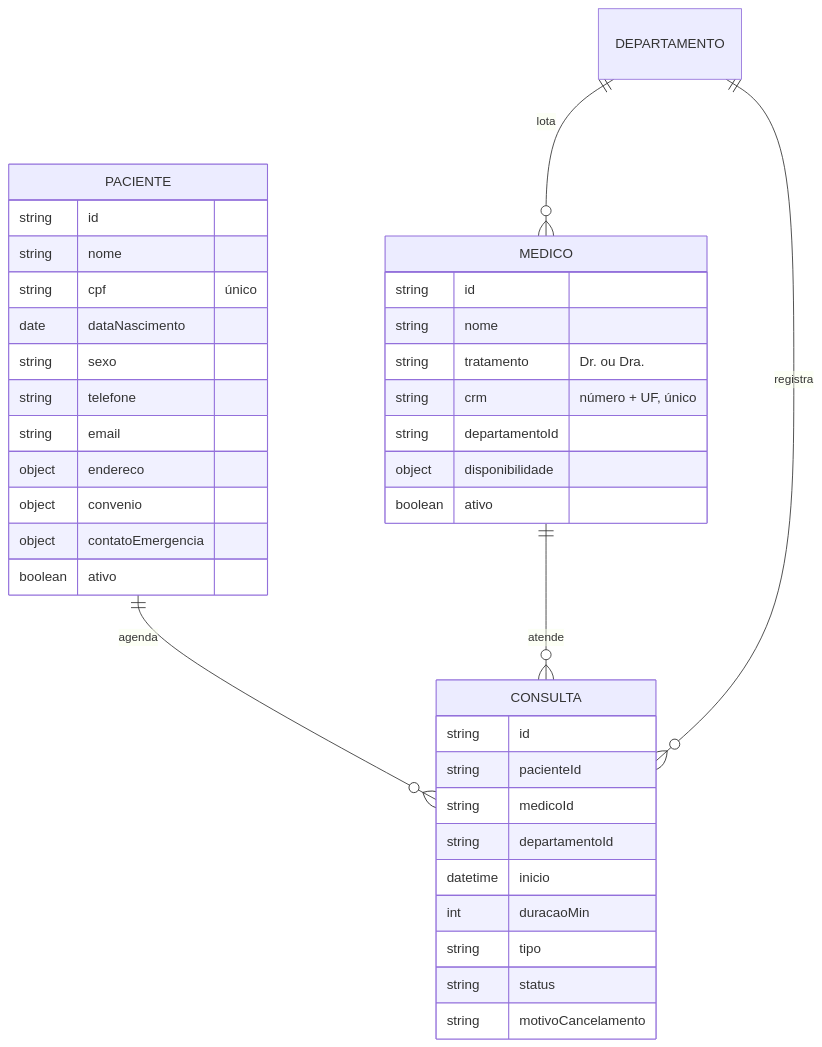
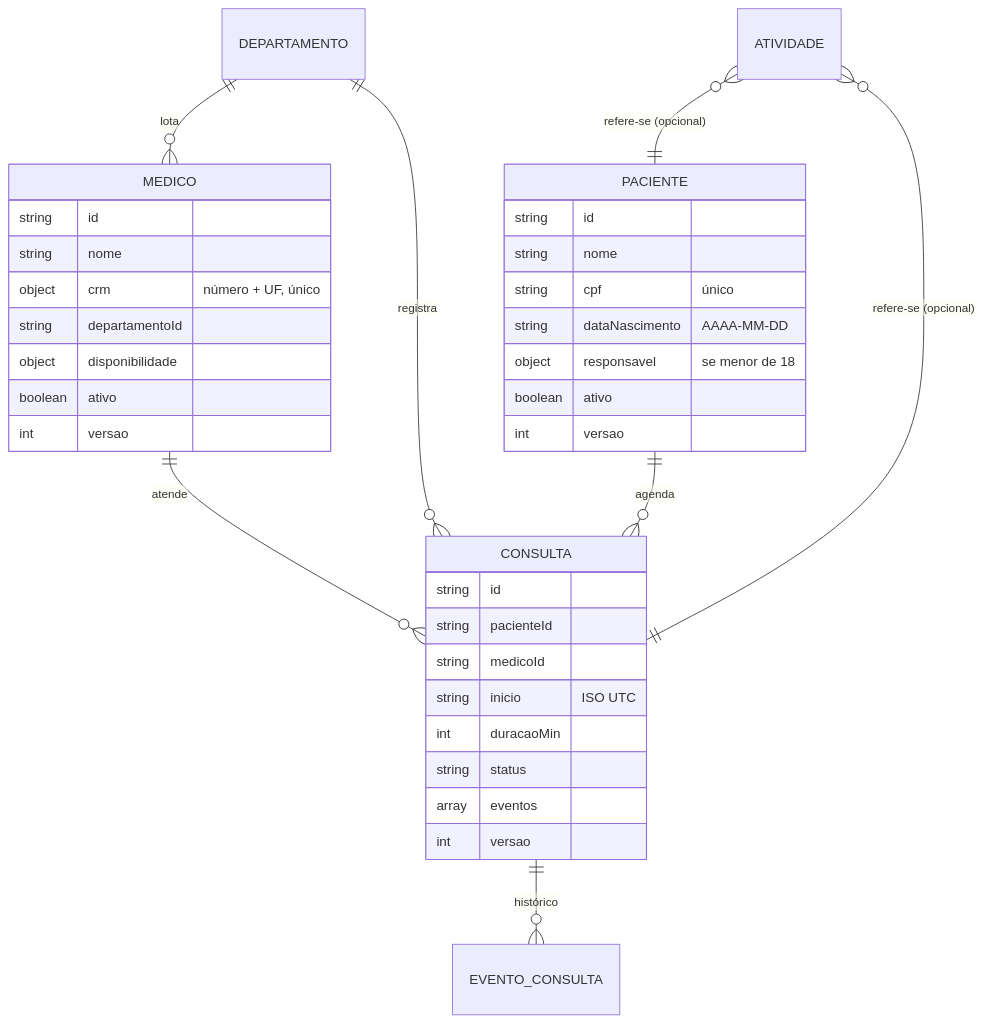
Before and after one commit to HeltonHeleno/Medicore: the third of 3 diagrams in PLANO_CADASTROS_MEDICORE.md, drawn with Mermaid. The commit also changed other lines of this file and 76 other files, not shown here.

````diff
--- a/PLANO_CADASTROS_MEDICORE.md
+++ b/PLANO_CADASTROS_MEDICORE.md
@@ -110,41 +265,39 @@
 ```mermaid
 erDiagram
     PACIENTE ||--o{ CONSULTA : "agenda"
     MEDICO   ||--o{ CONSULTA : "atende"
     DEPARTAMENTO ||--o{ MEDICO : "lota"
     DEPARTAMENTO ||--o{ CONSULTA : "registra"
+    CONSULTA ||--o{ EVENTO_CONSULTA : "histórico"
+    ATIVIDADE }o--|| PACIENTE : "refere-se (opcional)"
+    ATIVIDADE }o--|| CONSULTA : "refere-se (opcional)"
 
     PACIENTE {
       string id
       string nome
       string cpf "único"
-      date dataNascimento
-      string sexo
-      string telefone
-      string email
-      object endereco
-      object convenio
-      object contatoEmergencia
+      string dataNascimento "AAAA-MM-DD"
+      object responsavel "se menor de 18"
       boolean ativo
+      int versao
     }
     MEDICO {
       string id
       string nome
-      string tratamento "Dr. ou Dra."
-      string crm "número + UF, único"
+      object crm "número + UF, único"
       string departamentoId
       object disponibilidade
       boolean ativo
+      int versao
     }
     CONSULTA {
       string id
       string pacienteId
       string medicoId
-      string departamentoId
-      datetime inicio
+      string inicio "ISO UTC"
       int duracaoMin
-      string tipo
       string status
-      string motivoCancelamento
+      array eventos
+      int versao
     }
 ```
````
